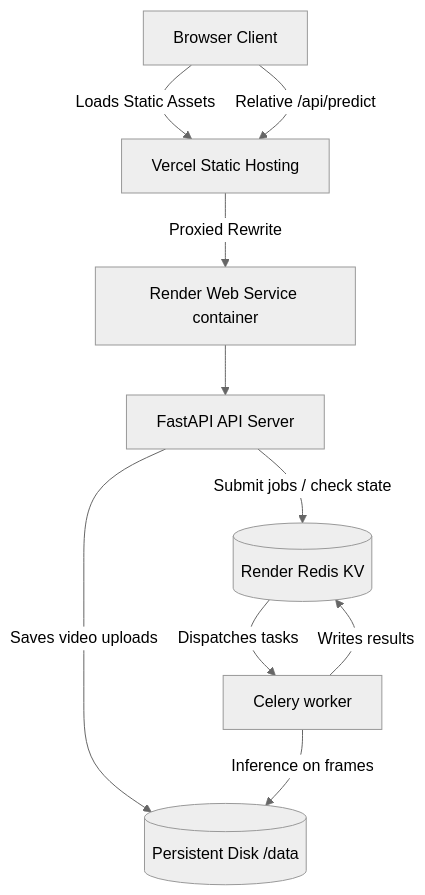
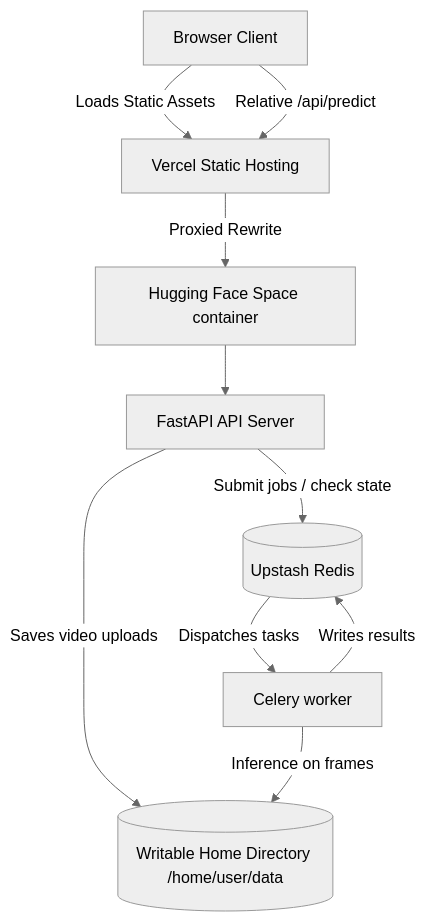
Before and after one commit to obstinix/deeptrace: the diagram in DEPLOYMENT.md, drawn with Mermaid (neutral theme). The commit also changed other lines of this file, not shown here.

Commit message:
docs: add deployment architecture and URLs

````diff
--- a/DEPLOYMENT.md
+++ b/DEPLOYMENT.md
@@ -26,20 +27,20 @@
 ```mermaid
 graph TD
     Client[Browser Client]
     Vercel[Vercel Static Hosting]
-    Render[Render Web Service container]
+    HF[Hugging Face Space container]
     API[FastAPI API Server]
     Worker[Celery worker]
-    Redis[(Render Redis KV)]
-    Disk[(Persistent Disk /data)]
+    Upstash[(Upstash Redis)]
+    Disk[(Writable Home Directory /home/user/data)]
 
     Client -->|Loads Static Assets| Vercel
     Client -->|Relative /api/predict| Vercel
-    Vercel -->|Proxied Rewrite| Render
-    Render --> API
+    Vercel -->|Proxied Rewrite| HF
+    HF --> API
     API -->|Saves video uploads| Disk
-    API -->|Submit jobs / check state| Redis
-    Redis -->|Dispatches tasks| Worker
+    API -->|Submit jobs / check state| Upstash
+    Upstash -->|Dispatches tasks| Worker
     Worker -->|Inference on frames| Disk
-    Worker -->|Writes results| Redis
+    Worker -->|Writes results| Upstash
 ```
````
